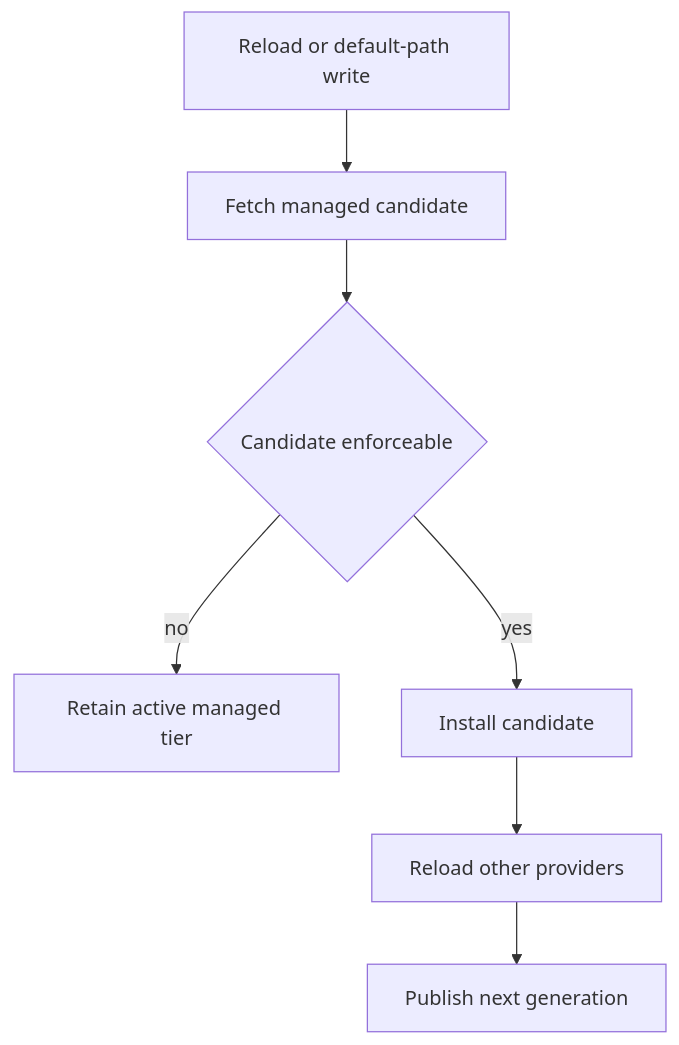
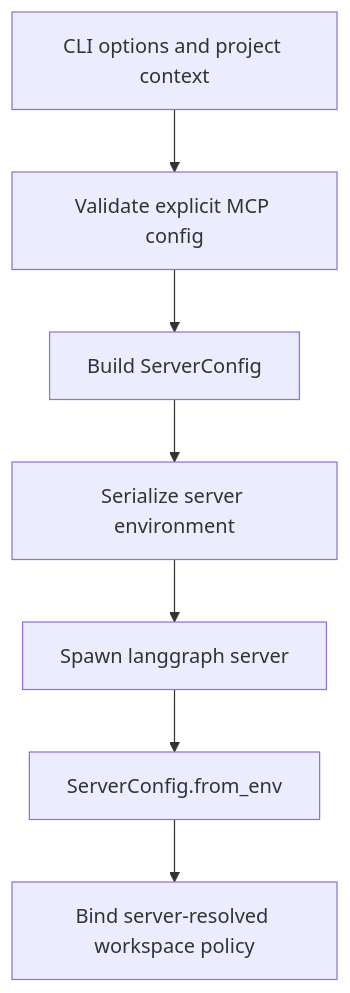
Before and after one commit to langchain-ai/deepagents: the second of 2 diagrams in openwiki/concepts/config-layering.md, drawn with Mermaid. The commit also changed other lines of this file and 53 other files, not shown here.

````diff
--- a/openwiki/concepts/config-layering.md
+++ b/openwiki/concepts/config-layering.md
@@ -96,9 +118,9 @@
 ```mermaid
 flowchart TD
-    A["Reload or default-path write"] --> B["Fetch managed candidate"]
-    B --> C{"Candidate enforceable"}
-    C -->|"no"| K["Retain active managed tier"]
-    C -->|"yes"| I["Install candidate"]
-    I --> J["Reload other providers"]
-    J --> P["Publish next generation"]
+    A["CLI options and project context"] --> B["Validate explicit MCP config"]
+    B --> C["Build ServerConfig"]
+    C --> D["Serialize server environment"]
+    D --> E["Spawn langgraph server"]
+    E --> F["ServerConfig.from_env"]
+    F --> G["Bind server-resolved workspace policy"]
 ```
````
